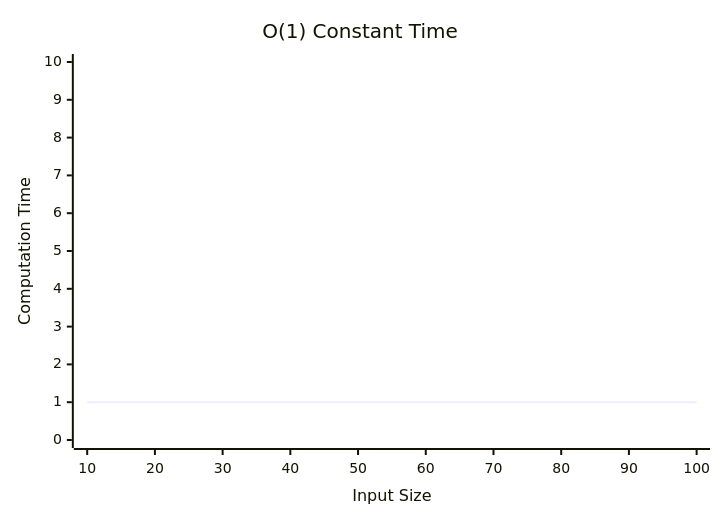
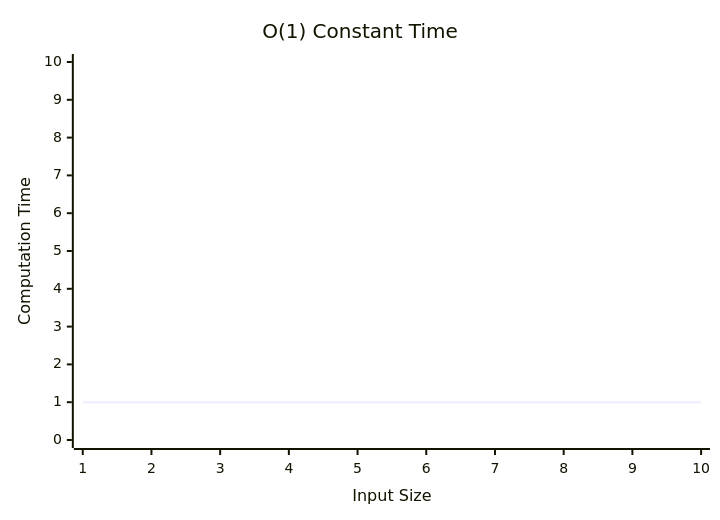
The second of 6 diagrams in common-content/en/module/complexity/big-o/index.md (CodeYourFuture/curriculum), drawn with Mermaid before and after one commit. The commit also changed other lines of this file and 3 other files, not shown here.

````diff
--- a/common-content/en/module/complexity/big-o/index.md
+++ b/common-content/en/module/complexity/big-o/index.md
@@ -32,8 +40,8 @@
 ```mermaid
 
 xychart-beta
 title "O(1) Constant Time"
-x-axis "Input Size" [10, 20, 30, 40, 50, 60, 70, 80, 90, 100]
+x-axis "Input Size" [1, 2, 3, 4, 5, 6, 7, 8, 9, 10]
 y-axis "Computation Time" 0 --> 10
 line [1, 1, 1, 1, 1, 1, 1, 1, 1, 1]
 ```
````
